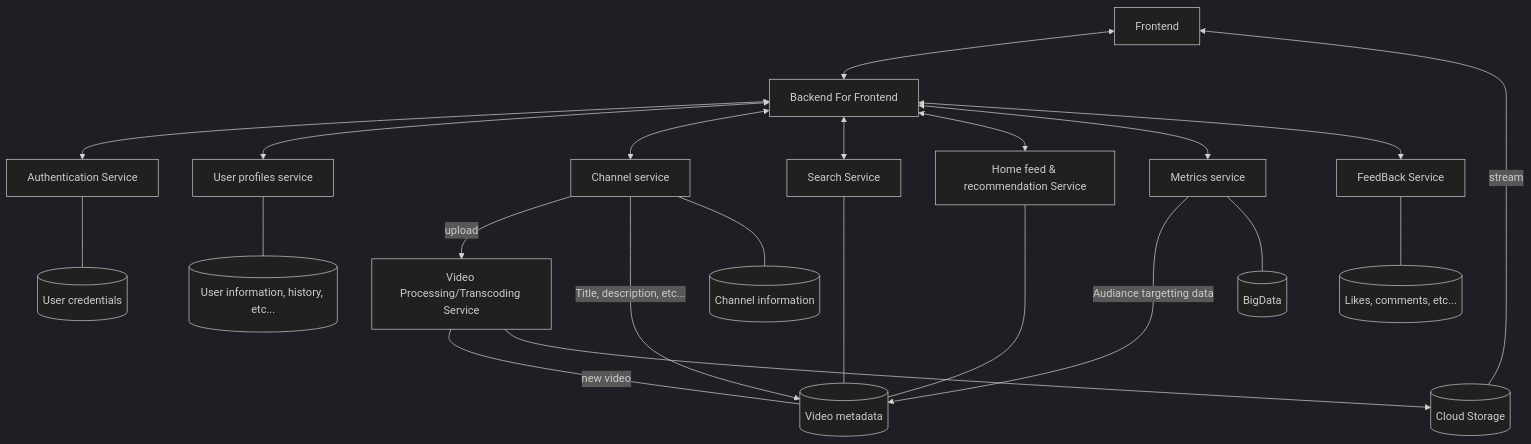
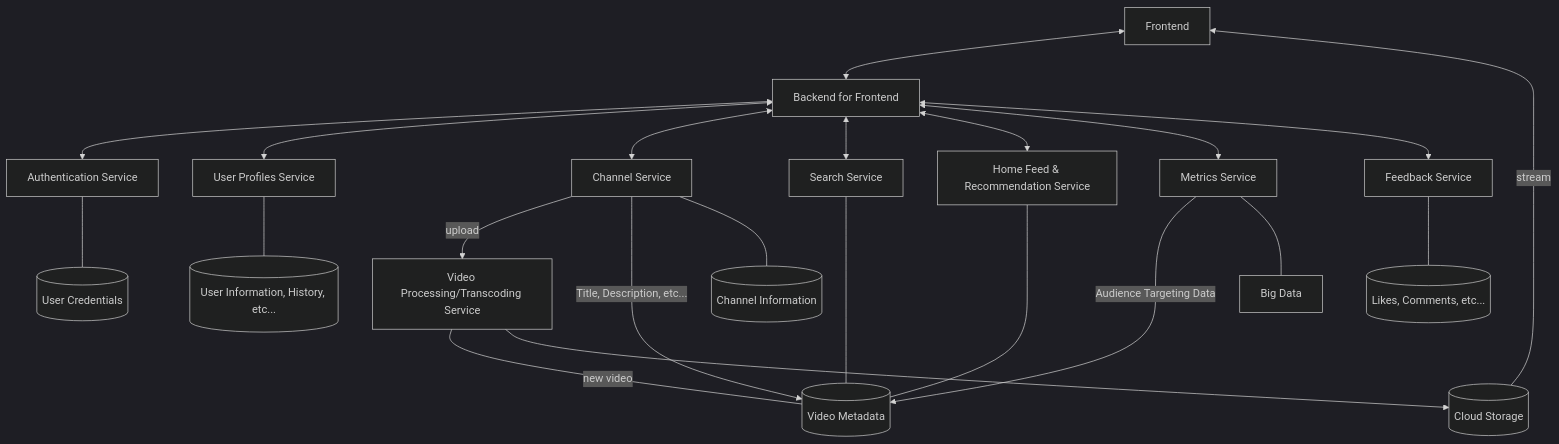
The first of 12 diagrams in docs/README.md (kevthunder/Vention-system-design-assessment), drawn with Mermaid (dark theme) before and after one commit. The commit also changed other lines of this file and 1 other file, not shown here.

````diff
--- a/docs/README.md
+++ b/docs/README.md
@@ -7,36 +7,36 @@
 ```mermaid
 flowchart TD
     Frontend[Frontend]
-    BFF[Backend For Frontend]
+    BFF[Backend for Frontend]
     Frontend <--> BFF
     Auth[Authentication Service]
-    AuthDB[(User credentials)]
-    BFF <--> Auth --- AuthDB
-    User[User profiles service]
-    UserDB[(User information, history, etc...)]
-    BFF <--> User --- UserDB
+    AuthDb[(User Credentials)]
+    BFF <--> Auth --- AuthDb
+    User[User Profiles Service]
+    UserDb[(User Information, History, etc...)]
+    BFF <--> User --- UserDb
     Encode[Video Processing/Transcoding Service]
     Storage[(Cloud Storage)]
     Storage -- stream ---> Frontend
-    Encode -- new video --- VideoDB
+    Encode -- new video --- VideoDb
     BFF <--> Channel -- upload --> Encode --> Storage
     Search[Search Service]
-    VideoDB[(Video metadata)]
+    VideoDb[(Video Metadata)]
     BFF <--> Search
-    Search ---- VideoDB
-    Channel[Channel service]
-    ChannelDB[(Channel information)]
-    Channel -- "Title, description, etc..." --> VideoDB
-    Channel --- ChannelDB
-    Feed[Home feed & recommendation Service]
+    Search ---- VideoDb
+    Channel[Channel Service]
+    ChannelDb[(Channel Information)]
+    Channel -- "Title, Description, etc..." --> VideoDb
+    Channel --- ChannelDb
+    Feed[Home Feed & Recommendation Service]
     BFF <--> Feed
-    Feed ---- VideoDB
-    Metric[Metrics service]
-    BigData[("BigData")]
-    BFF <--> Metric
-    Metric -- Audiance targetting data ---> VideoDB
-    Metric --- BigData
-    FeedBack[FeedBack Service]
-    FeedBackDB[("Likes, comments, etc...")]
-    BFF <--> FeedBack --- FeedBackDB
+    Feed ---- VideoDb
+    Metrics[Metrics Service]
+    BigData[Big Data]
+    BFF <--> Metrics
+    Metrics -- Audience Targeting Data ---> VideoDb
+    Metrics --- BigData
+    Feedback[Feedback Service]
+    FeedbackDb[(Likes, Comments, etc...)]
+    BFF <--> Feedback --- FeedbackDb
 ```
````
